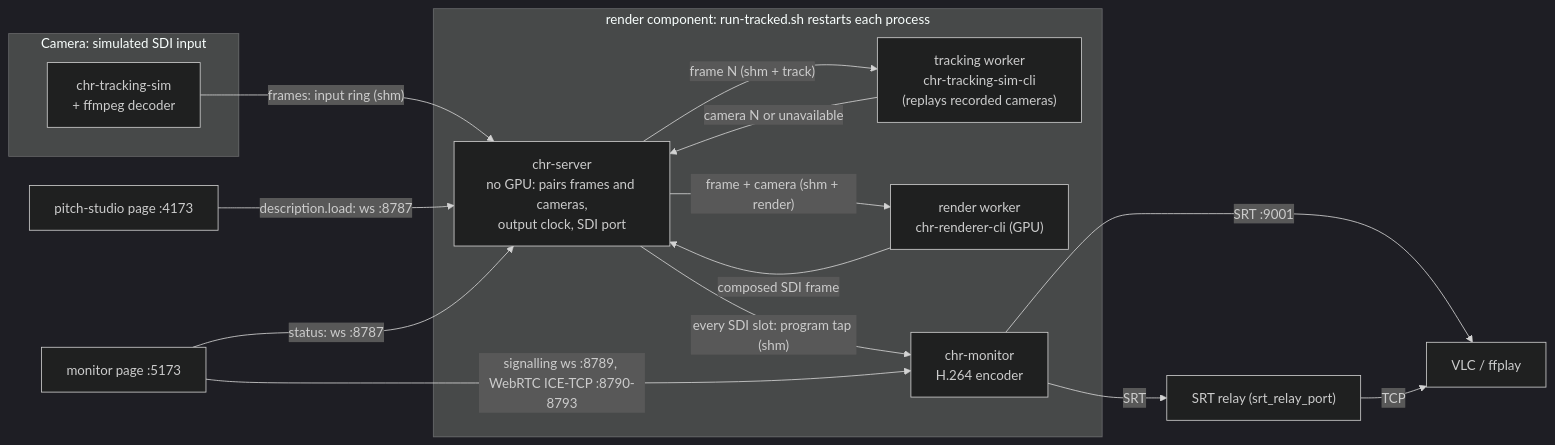
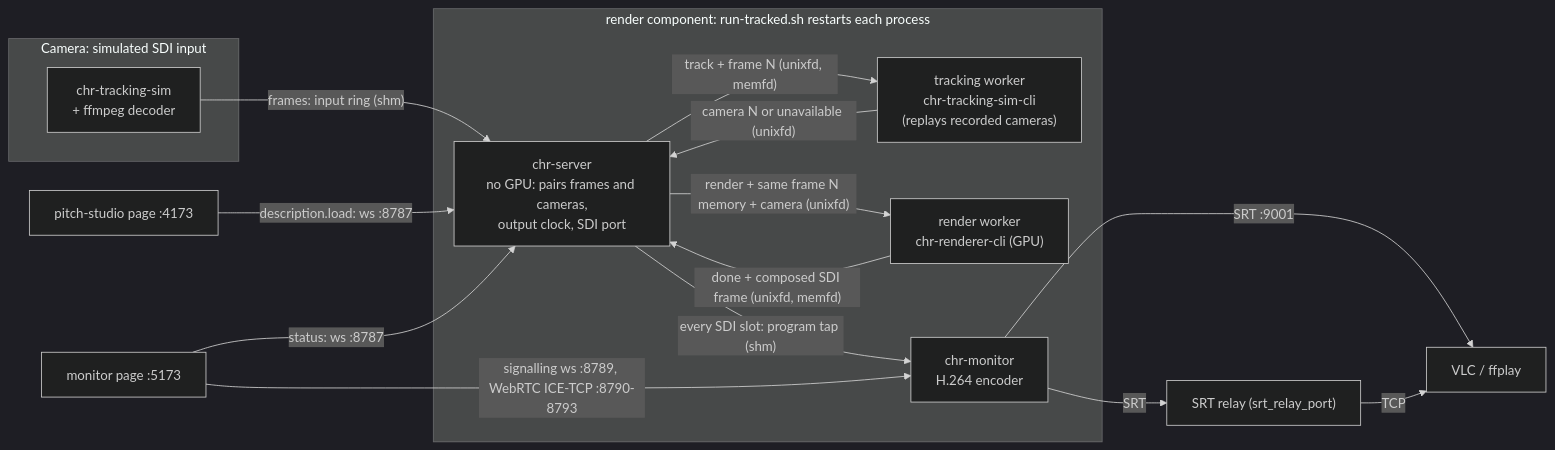
The diagram in README.md (xiaoyxue/chr), drawn with Mermaid (dark theme) before and after one commit. The commit also changed other lines of this file and 13 other files, not shown here.

````diff
--- a/README.md
+++ b/README.md
@@ -26,29 +26,29 @@
 ```mermaid
 flowchart LR
   subgraph camera["Camera: simulated SDI input"]
     sim["chr-tracking-sim<br/>+ ffmpeg decoder"]
   end
   subgraph render["render component: run-tracked.sh restarts each process"]
     server["chr-server<br/>no GPU: pairs frames and cameras,<br/>output clock, SDI port"]
     tracker["tracking worker<br/>chr-tracking-sim-cli<br/>(replays recorded cameras)"]
     renderer["render worker<br/>chr-renderer-cli (GPU)"]
     monitor["chr-monitor<br/>H.264 encoder"]
   end
   studio["pitch-studio page :4173"]
   page["monitor page :5173"]
   relay["SRT relay (srt_relay_port)"]
   player["VLC / ffplay"]
 
   sim -- "frames: input ring (shm)" --> server
-  server -- "frame N (shm + track)" --> tracker
-  tracker -- "camera N or unavailable" --> server
-  server -- "frame + camera (shm + render)" --> renderer
-  renderer -- "composed SDI frame" --> server
+  server -- "track + frame N (unixfd, memfd)" --> tracker
+  tracker -- "camera N or unavailable (unixfd)" --> server
+  server -- "render + same frame N memory + camera (unixfd)" --> renderer
+  renderer -- "done + composed SDI frame (unixfd, memfd)" --> server
   server -- "every SDI slot: program tap (shm)" --> monitor
   studio -- "description.load: ws :8787" --> server
   page -- "status: ws :8787" --> server
   page -- "signalling ws :8789, WebRTC ICE-TCP :8790-8793" --> monitor
   monitor -- "SRT :9001" --> player
   monitor -- "SRT" --> relay
   relay -- "TCP" --> player
 ```
````
